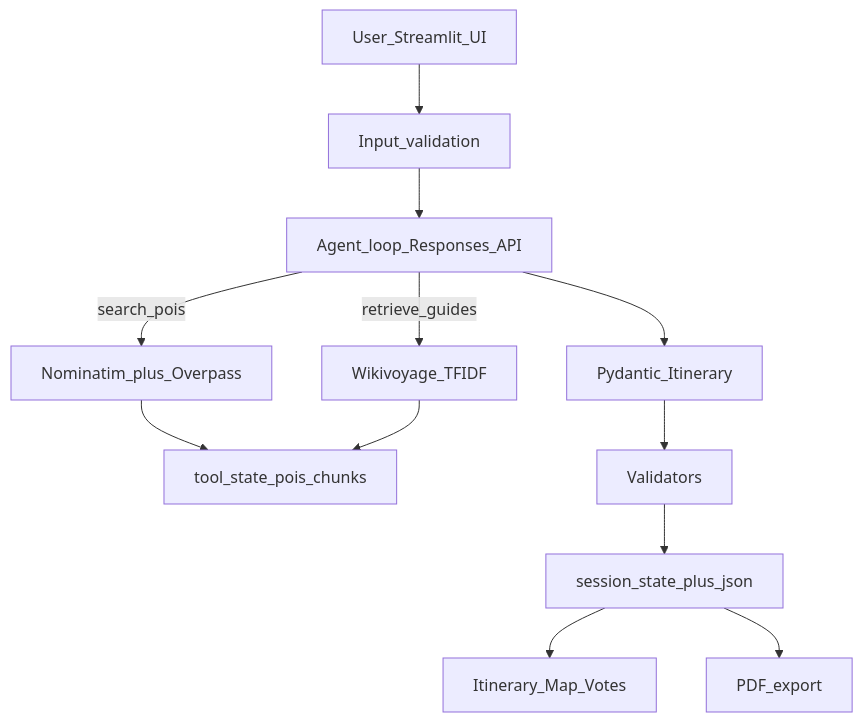
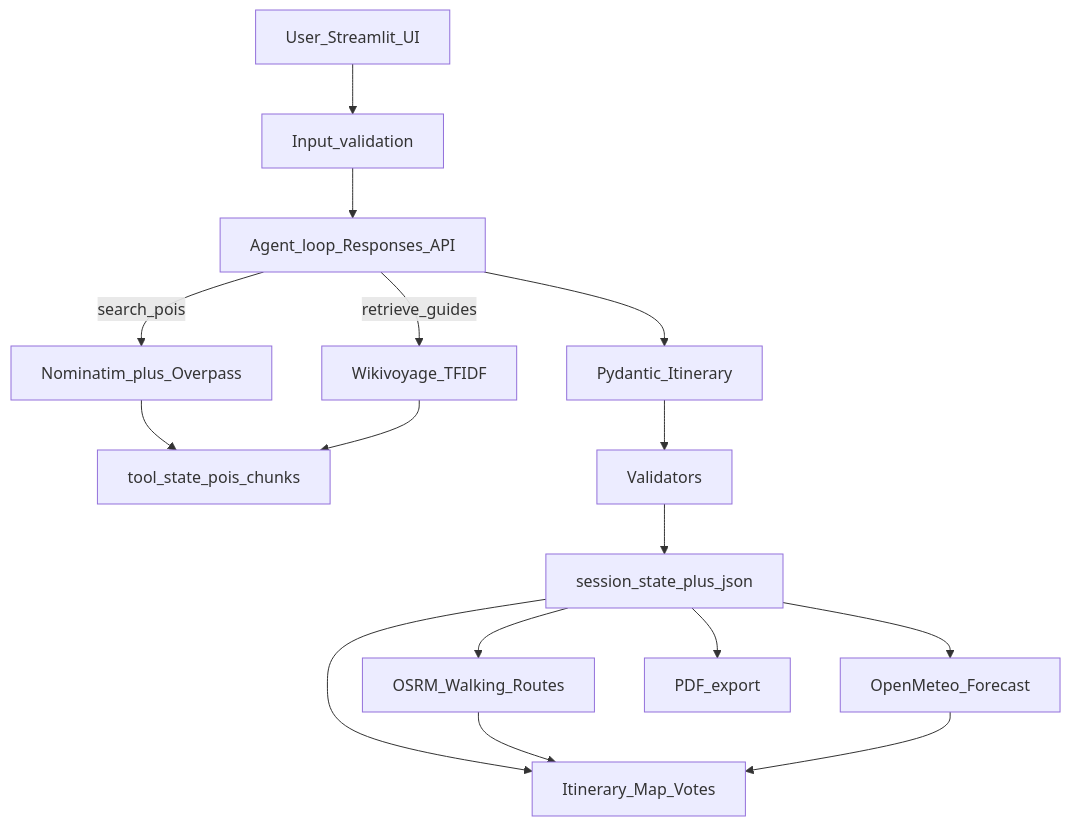
The diagram in README.md (Mayank2504/waypoint-trip-planner), drawn with Mermaid before and after one commit. The commit also changed other lines of this file and 54 other files, not shown here.

First line of the commit message:
Harden Waypoint and add route and weather enrichment

````diff
--- a/README.md
+++ b/README.md
@@ -24,23 +37,29 @@
 ```mermaid
 flowchart TD
   user[User_Streamlit_UI]
   validate[Input_validation]
   agent[Agent_loop_Responses_API]
   osm[Nominatim_plus_Overpass]
   rag[Wikivoyage_TFIDF]
+  route[OSRM_Walking_Routes]
+  weather[OpenMeteo_Forecast]
   state[tool_state_pois_chunks]
   schema[Pydantic_Itinerary]
   guards[Validators]
   persist[session_state_plus_json]
   ui[Itinerary_Map_Votes]
   pdf[PDF_export]
 
   user --> validate --> agent
   agent -->|search_pois| osm
   agent -->|retrieve_guides| rag
   osm --> state
   rag --> state
   agent --> schema --> guards --> persist
   persist --> ui
   persist --> pdf
+  persist --> route
+  persist --> weather
+  route --> ui
+  weather --> ui
 ```
````
